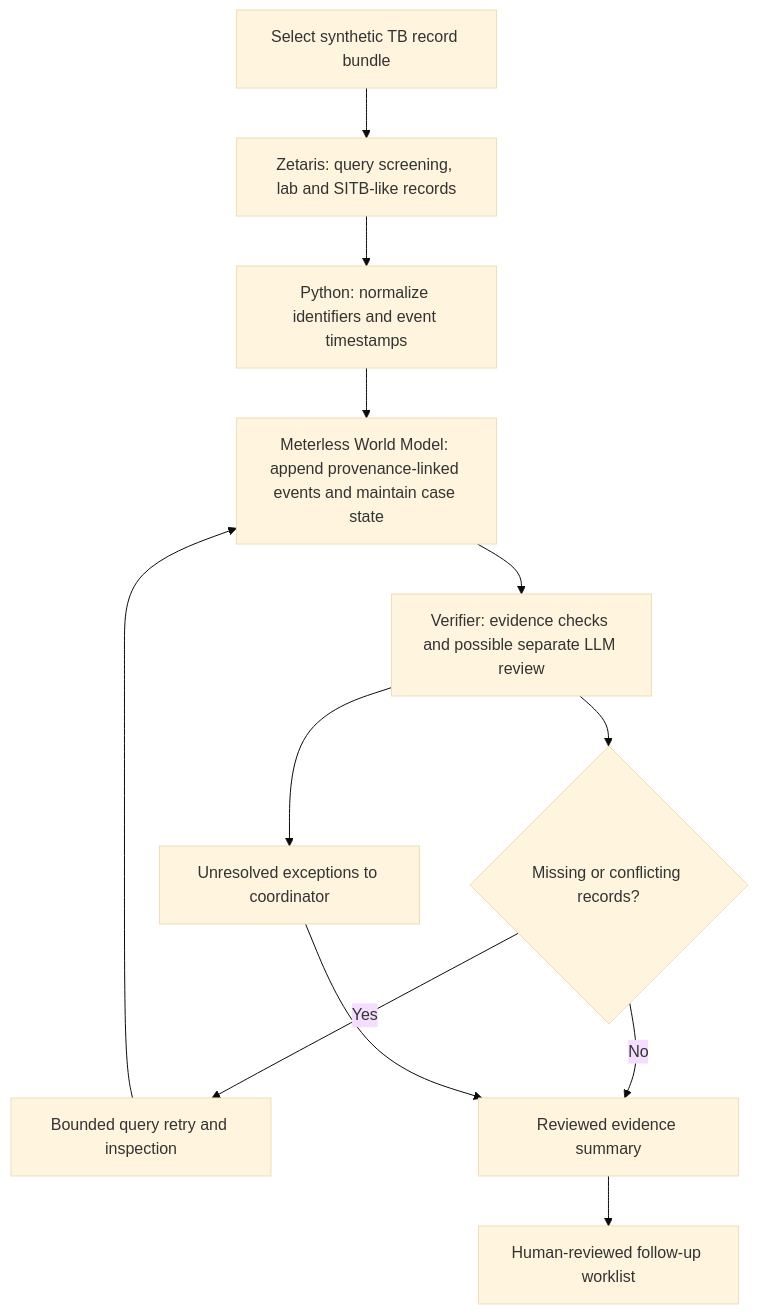
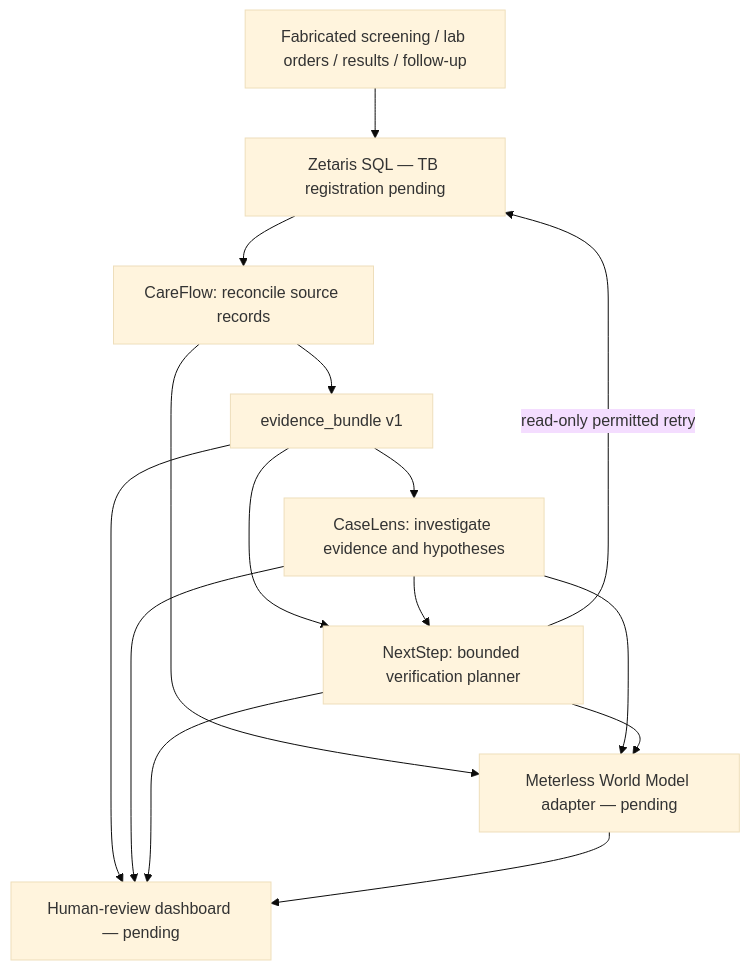
One commit to Z-bros/open-agent-id-health changed the diagram in docs/architecture.md. Above: the diagram before and after it, drawn with Mermaid (base theme). The commit also changed other lines of this file and 31 other files, not shown here.

````diff
--- a/docs/architecture.md
+++ b/docs/architecture.md
@@ -3,14 +5,17 @@
 ```mermaid
 flowchart TD
-  A[Select synthetic TB record bundle] --> Z[Zetaris: query screening, lab and SITB-like records]
-  Z --> N[Python: normalize identifiers and event timestamps]
-  N --> W[Meterless World Model: append provenance-linked events and maintain case state]
-  W --> V[Verifier: evidence checks and possible separate LLM review]
-  V --> D{Missing or conflicting records?}
-  D -- Yes --> R[Bounded query retry and inspection]
-  R --> W
-  D -- No --> Q[Reviewed evidence summary]
-  V --> H[Unresolved exceptions to coordinator]
-  H --> Q
-  Q --> U[Human-reviewed follow-up worklist]
+    A[Fabricated screening / lab orders / results / follow-up] --> Z[Zetaris SQL — TB registration pending]
+    Z --> C[CareFlow: reconcile source records]
+    C --> E[evidence_bundle v1]
+    E --> L[CaseLens: investigate evidence and hypotheses]
+    E --> N[NextStep: bounded verification planner]
+    L --> N
+    N -->|read-only permitted retry| Z
+    C --> W[Meterless World Model adapter — pending]
+    L --> W
+    N --> W
+    E --> D[Human-review dashboard — pending]
+    L --> D
+    N --> D
+    W --> D
 ```
````
